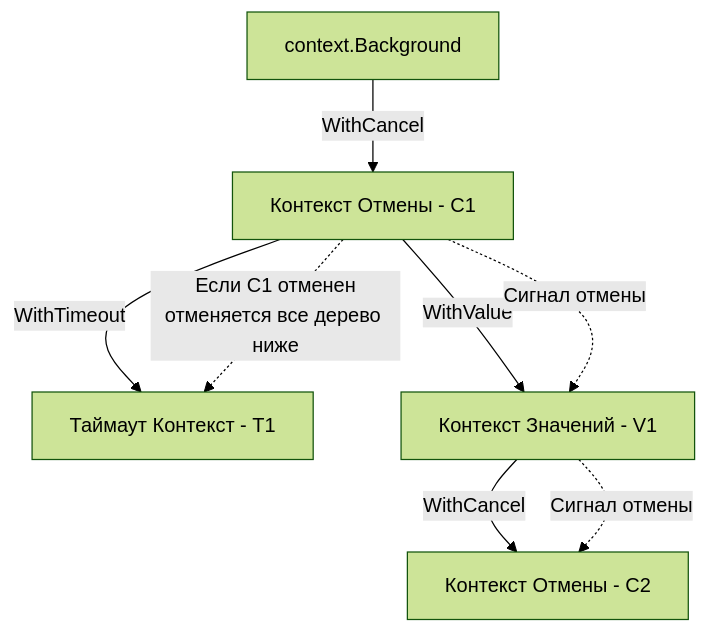
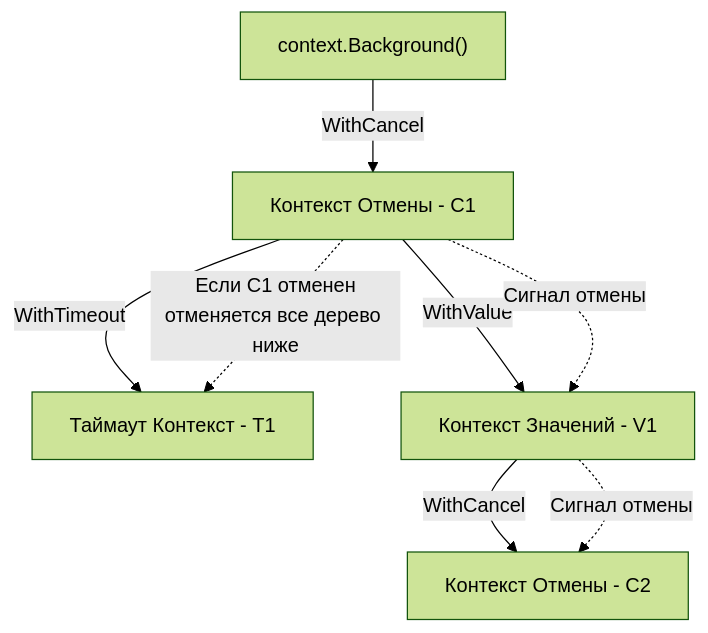
The first of 3 diagrams in sources/5. Учебник по Go (Основы и синтаксис)/39. Context. Управление жизненным циклом операций.md (UnrealTemplier/go-textbook), drawn with Mermaid (forest theme) before and after one commit. The commit also changed other lines of this file, not shown here.

````diff
--- a/sources/5. Учебник по Go (Основы и синтаксис)/39. Context. Управление жизненным циклом операций.md
+++ b/sources/5. Учебник по Go (Основы и синтаксис)/39. Context. Управление жизненным циклом операций.md
@@ -45,11 +53,11 @@
 ```mermaid
 flowchart TD
-    BG["context.Background"] -->|"WithCancel"| C1["Контекст Отмены - C1"]
+    BG["context.Background()"] -->|"WithCancel"| C1["Контекст Отмены - C1"]
     C1 -->|"WithTimeout"| T1["Таймаут Контекст - T1"]
     C1 -->|"WithValue"| V1["Контекст Значений - V1"]
     V1 -->|"WithCancel"| C2["Контекст Отмены - C2"]
     
     C1 -.->|"Если C1 отменен<br>отменяется все дерево ниже"| T1
     C1 -.->|"Сигнал отмены"| V1
     V1 -.->|"Сигнал отмены"| C2
 ```
````
